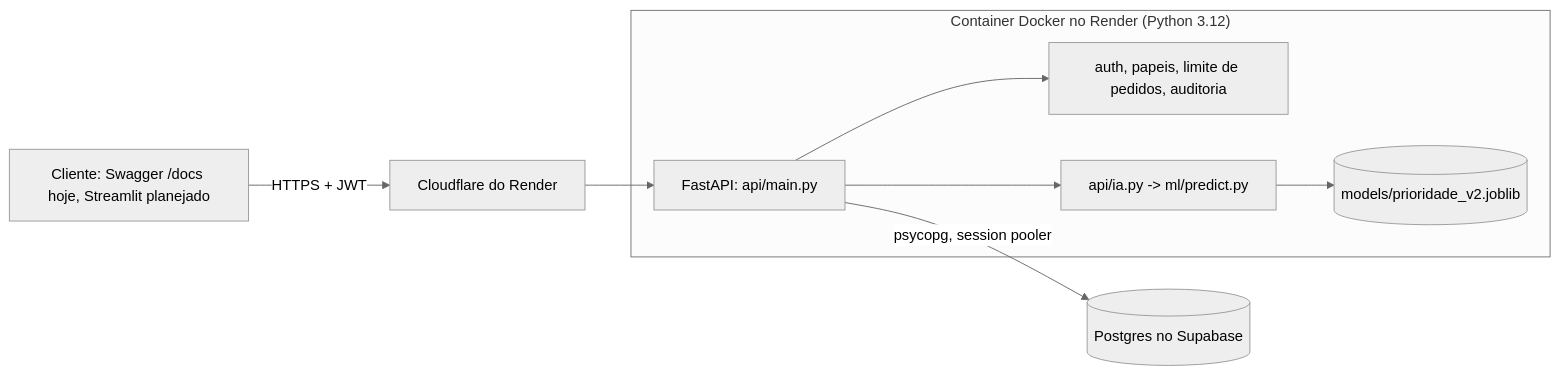
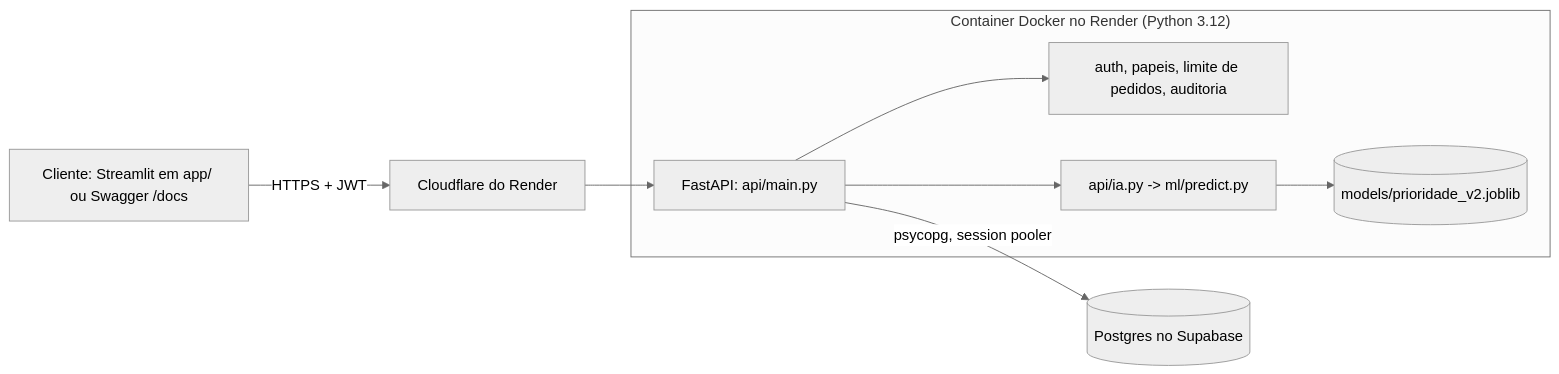
One commit to rafaelgoncalvesml/rede-alimenta-ia-grupo-t1 changed the diagram in README.md. Above: the diagram before and after it, drawn with Mermaid (neutral theme). The commit also changed other lines of this file and 1 other file, not shown here.

Commit message:
README com matching e frontend; pip-audit tambem no app/

````diff
--- a/README.md
+++ b/README.md
@@ -18,12 +18,12 @@
 ```mermaid
 flowchart LR
-    U[Cliente: Swagger /docs hoje, Streamlit planejado] -->|HTTPS + JWT| CF[Cloudflare do Render]
+    U[Cliente: Streamlit em app/ ou Swagger /docs] -->|HTTPS + JWT| CF[Cloudflare do Render]
     CF --> API
     subgraph Container["Container Docker no Render (Python 3.12)"]
         API["FastAPI: api/main.py"]
         API --> SEG["auth, papeis, limite de pedidos, auditoria"]
         API --> IA["api/ia.py -> ml/predict.py"]
         IA --> M[(models/prioridade_v2.joblib)]
     end
     API -->|psycopg, session pooler| DB[(Postgres no Supabase)]
 ```
````
